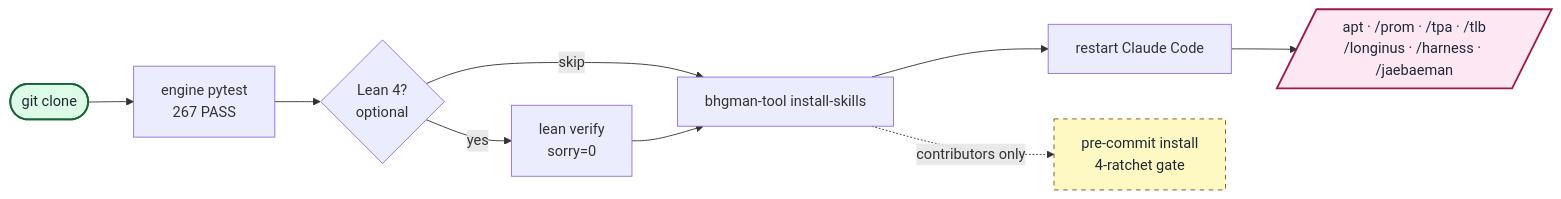
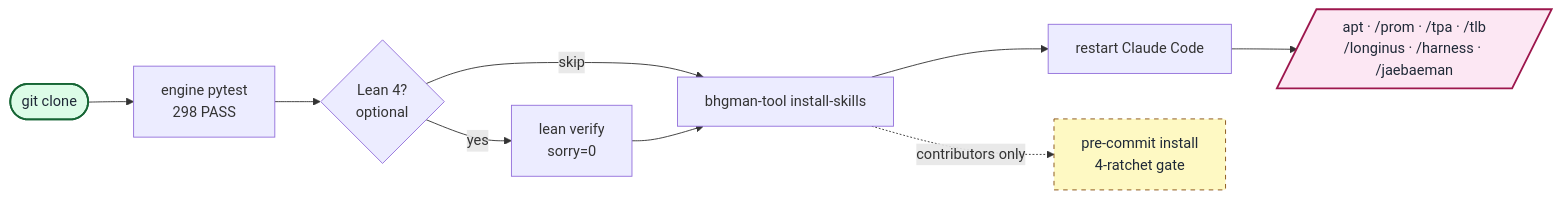
Before and after one commit to gj3447/bhgman_tool: the diagram in README.md, drawn with Mermaid. The commit also changed other lines of this file and 13 other files, not shown here.

````diff
--- a/README.md
+++ b/README.md
@@ -139,18 +139,18 @@
 ```mermaid
 flowchart LR
-    A([git clone]) --> B[engine pytest<br/>267 PASS]
+    A([git clone]) --> B[engine pytest<br/>298 PASS]
     B --> C{Lean 4?<br/>optional}
     C -- yes --> D[lean verify<br/>sorry=0]
     C -- skip --> E[bhgman-tool install-skills]
     D --> E
     E --> F[restart Claude Code]
     F --> G[/apt · /prom · /tpa · /tlb<br/>/longinus · /harness · /jaebaeman/]
     E -. contributors only .-> H[pre-commit install<br/>4-ratchet gate]
 
     classDef startNode fill:#dcfce7,stroke:#166534,stroke-width:2px,color:#1f2937
     classDef endNode fill:#fce7f3,stroke:#9d174d,stroke-width:2px,color:#1f2937
     classDef optNode fill:#fef9c3,stroke:#854d0e,stroke-width:1px,stroke-dasharray:5 5,color:#1f2937
     class A startNode
     class G endNode
     class H optNode
 ```
````
